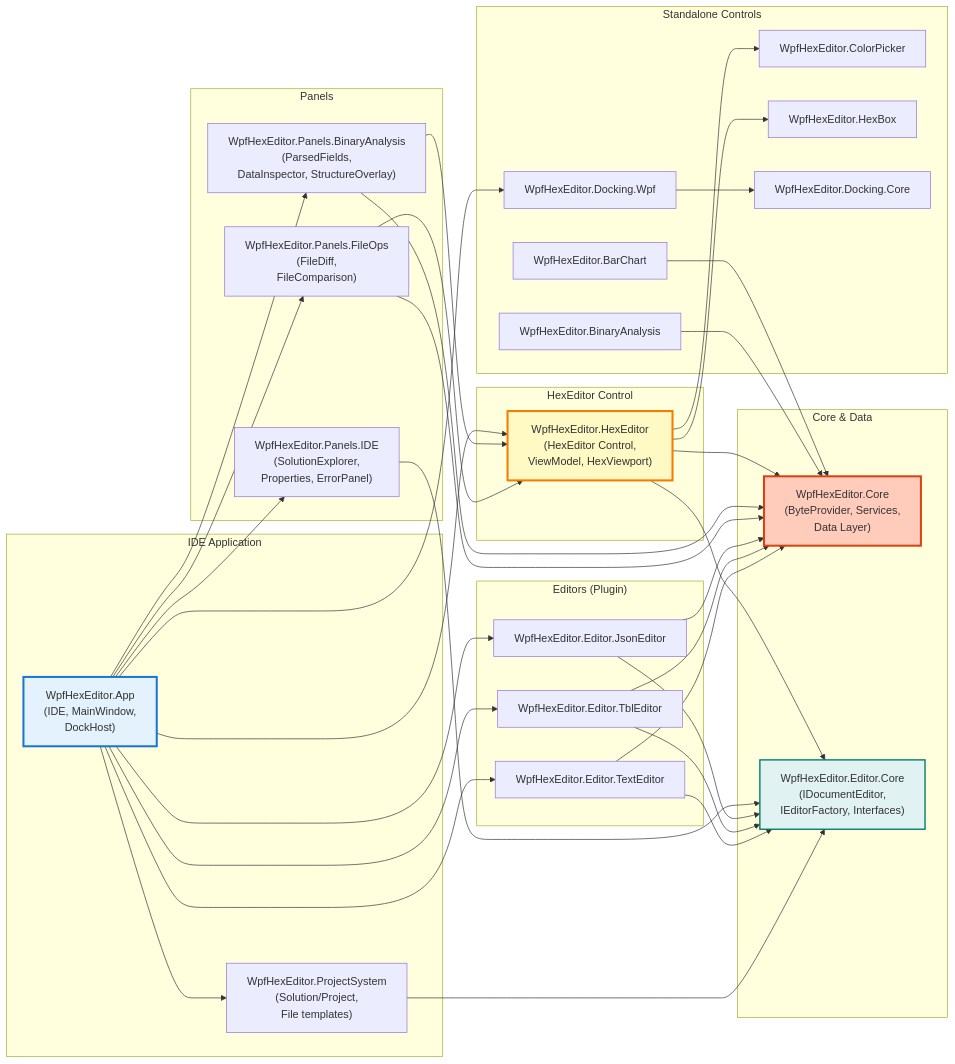
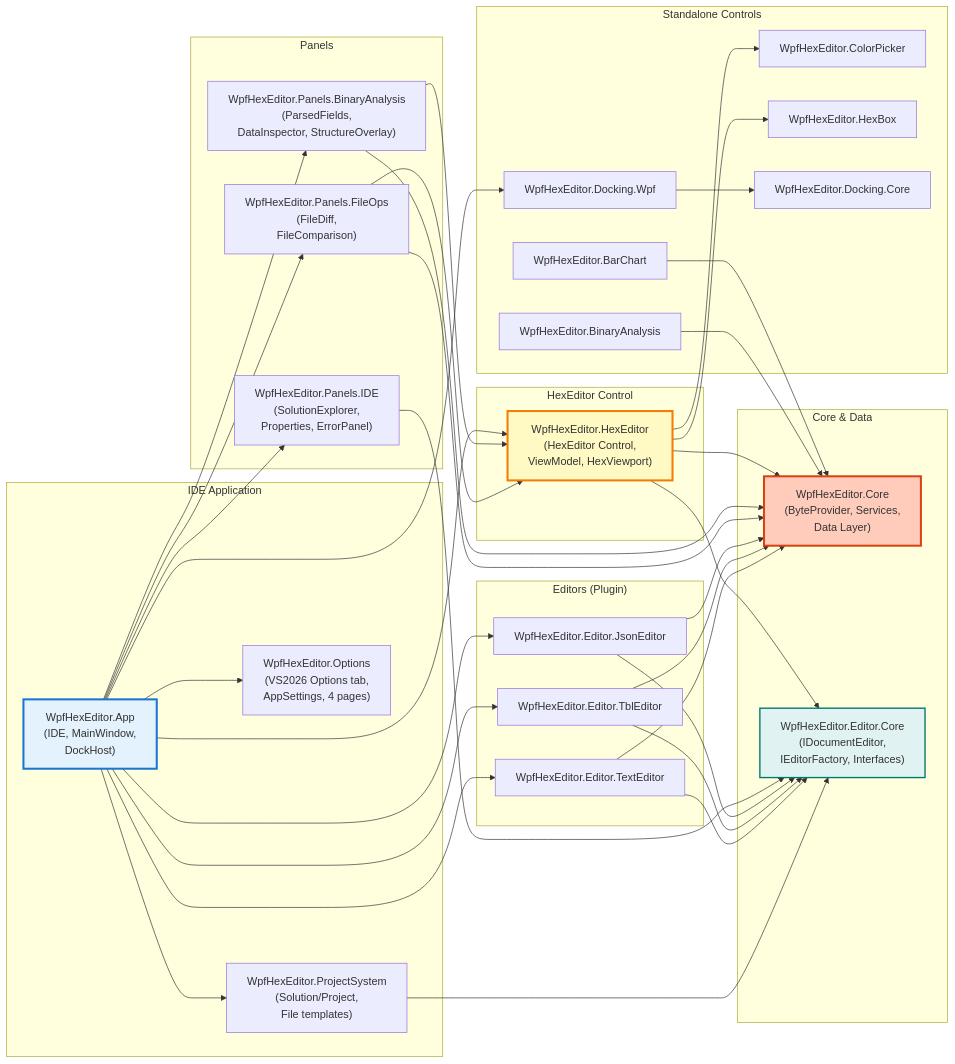
The first of 10 diagrams in docs/architecture/Overview.md (abbaye/WpfHexEditorIDE), drawn with Mermaid before and after one commit. The commit also changed other lines of this file and 8 other files, not shown here.

````diff
--- a/docs/architecture/Overview.md
+++ b/docs/architecture/Overview.md
@@ -88,75 +92,77 @@
 ```mermaid
 graph LR
     subgraph "IDE Application"
         App["WpfHexEditor.App<br/>(IDE, MainWindow,<br/>DockHost)"]
         ProjectSystem["WpfHexEditor.ProjectSystem<br/>(Solution/Project,<br/>File templates)"]
+        Options["WpfHexEditor.Options<br/>(VS2026 Options tab,<br/>AppSettings, 4 pages)"]
     end
 
     subgraph "Core & Data"
         Core["WpfHexEditor.Core<br/>(ByteProvider, Services,<br/>Data Layer)"]
         EditorCore["WpfHexEditor.Editor.Core<br/>(IDocumentEditor,<br/>IEditorFactory, Interfaces)"]
     end
 
     subgraph "HexEditor Control"
         HexEditor["WpfHexEditor.HexEditor<br/>(HexEditor Control,<br/>ViewModel, HexViewport)"]
     end
 
     subgraph "Editors (Plugin)"
         JsonEditor["WpfHexEditor.Editor.JsonEditor"]
         TblEditor["WpfHexEditor.Editor.TblEditor"]
         TextEditor["WpfHexEditor.Editor.TextEditor"]
     end
 
     subgraph "Panels"
         PanelsIDE["WpfHexEditor.Panels.IDE<br/>(SolutionExplorer,<br/>Properties, ErrorPanel)"]
         PanelsBinary["WpfHexEditor.Panels.BinaryAnalysis<br/>(ParsedFields,<br/>DataInspector, StructureOverlay)"]
         PanelsFileOps["WpfHexEditor.Panels.FileOps<br/>(FileDiff,<br/>FileComparison)"]
     end
 
     subgraph "Standalone Controls"
         BarChart["WpfHexEditor.BarChart"]
         BinaryAnalysis["WpfHexEditor.BinaryAnalysis"]
         ColorPicker["WpfHexEditor.ColorPicker"]
         HexBox["WpfHexEditor.HexBox"]
         DockingCore["WpfHexEditor.Docking.Core"]
         DockingWpf["WpfHexEditor.Docking.Wpf"]
     end
 
     App --> HexEditor
     App --> PanelsIDE
     App --> PanelsBinary
     App --> PanelsFileOps
     App --> ProjectSystem
+    App --> Options
     App --> DockingWpf
     App --> JsonEditor
     App --> TblEditor
     App --> TextEditor
 
     HexEditor --> Core
     HexEditor --> EditorCore
     HexEditor --> ColorPicker
     HexEditor --> HexBox
 
     PanelsIDE --> EditorCore
     PanelsBinary --> Core
     PanelsBinary --> HexEditor
     PanelsFileOps --> Core
     PanelsFileOps --> HexEditor
 
     JsonEditor --> Core
     JsonEditor --> EditorCore
     TblEditor --> Core
     TblEditor --> EditorCore
     TextEditor --> Core
     TextEditor --> EditorCore
 
     BarChart --> Core
     BinaryAnalysis --> Core
     DockingWpf --> DockingCore
     ProjectSystem --> EditorCore
 
     style Core fill:#ffccbc,stroke:#d84315,stroke-width:3px
     style HexEditor fill:#fff9c4,stroke:#f57c00,stroke-width:3px
     style EditorCore fill:#e0f2f1,stroke:#00796b,stroke-width:2px
     style App fill:#e3f2fd,stroke:#1976d2,stroke-width:3px
 ```
````
